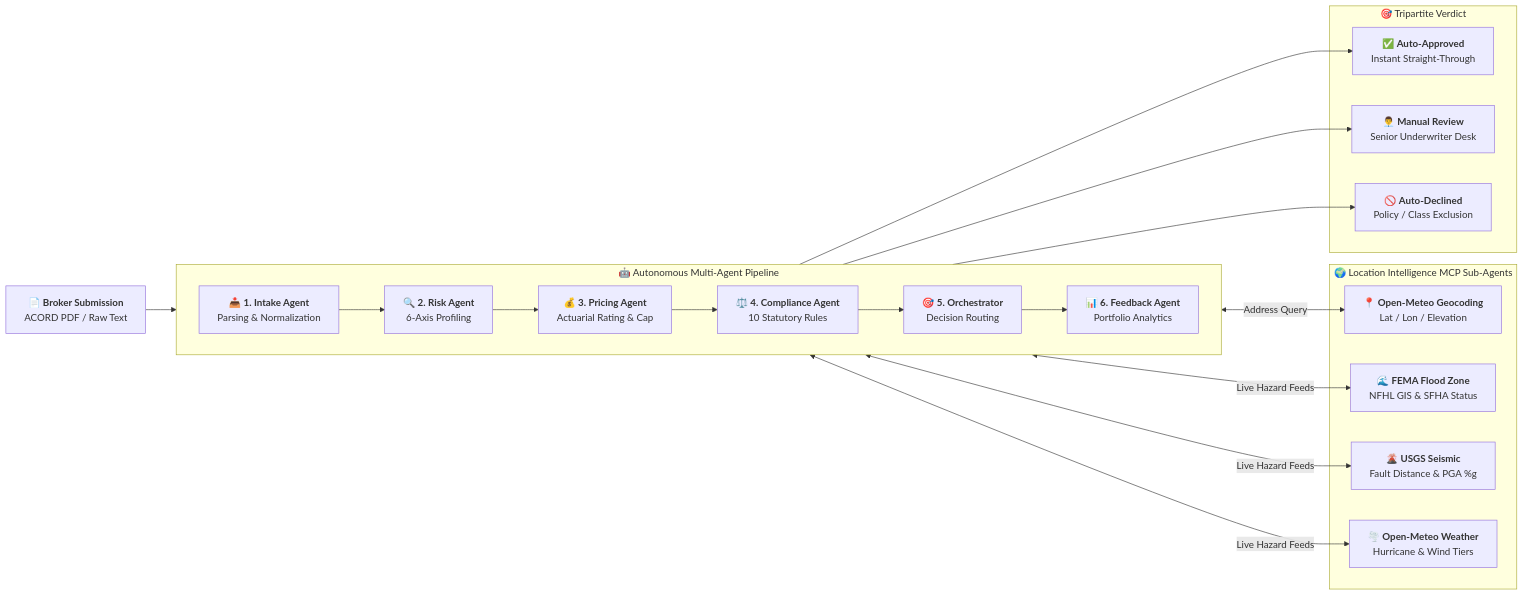
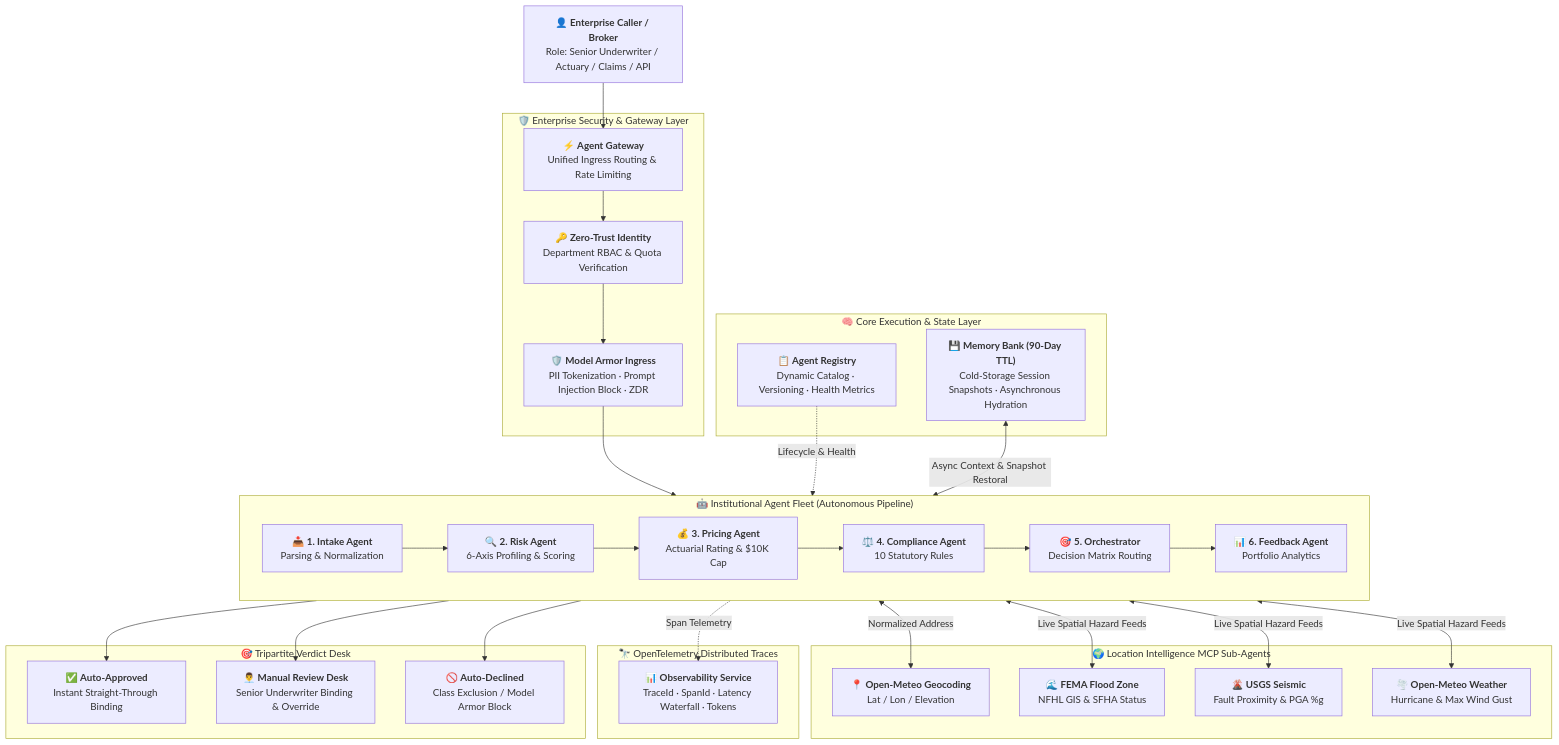
The diagram in README.md (ar-srika/agentic-underwriting), drawn with Mermaid before and after one commit. The commit also changed other lines of this file and 9 other files, not shown here.

Commit message:
Enhance Enterprise Fleet architecture: AgentGateway, Memory Bank 90-day hydration, and Model Armor attack preset

````diff
--- a/README.md
+++ b/README.md
@@ -89,39 +88,60 @@
 ```mermaid
-flowchart LR
-    %% Input Layer
-    SUBMISSION["📄 <b>Broker Submission</b><br/>ACORD PDF / Raw Text"]
+flowchart TD
+    %% Ingress & Zero-Trust Layer
+    CLIENT["👤 <b>Enterprise Caller / Broker</b><br/>Role: Senior Underwriter / Actuary / Claims / API"]
+    
+    subgraph GATEWAY_LAYER["🛡️ Enterprise Security & Gateway Layer"]
+        GW["⚡ <b>Agent Gateway</b><br/>Unified Ingress Routing & Rate Limiting"]
+        ID_RBAC["🔑 <b>Zero-Trust Identity</b><br/>Department RBAC & Quota Verification"]
+        ARMOR["🛡️ <b>Model Armor Ingress</b><br/>PII Tokenization · Prompt Injection Block · ZDR"]
+        GW --> ID_RBAC --> ARMOR
+    end
 
-    %% Core Multi-Agent Pipeline
-    subgraph PIPELINE["🤖 Autonomous Multi-Agent Pipeline"]
+    %% State & Runtime Layer
+    subgraph STATE_LAYER["🧠 Core Execution & State Layer"]
+        REGISTRY["📋 <b>Agent Registry</b><br/>Dynamic Catalog · Versioning · Health Metrics"]
+        MEM_BANK["💾 <b>Memory Bank (90-Day TTL)</b><br/>Cold-Storage Session Snapshots · Asynchronous Hydration"]
+    end
+
+    %% Core Autonomous Agent Pipeline
+    subgraph FLEET["🤖 Institutional Agent Fleet (Autonomous Pipeline)"]
         direction LR
         INTAKE["📥 <b>1. Intake Agent</b><br/>Parsing & Normalization"]
-        RISK["🔍 <b>2. Risk Agent</b><br/>6-Axis Profiling"]
-        PRICING["💰 <b>3. Pricing Agent</b><br/>Actuarial Rating & Cap"]
+        RISK["🔍 <b>2. Risk Agent</b><br/>6-Axis Profiling & Scoring"]
+        PRICING["💰 <b>3. Pricing Agent</b><br/>Actuarial Rating & $10K Cap"]
         COMPLIANCE["⚖️ <b>4. Compliance Agent</b><br/>10 Statutory Rules"]
-        ORCH["🎯 <b>5. Orchestrator</b><br/>Decision Routing"]
+        ORCH["🎯 <b>5. Orchestrator</b><br/>Decision Matrix Routing"]
         FEEDBACK["📊 <b>6. Feedback Agent</b><br/>Portfolio Analytics"]
 
         INTAKE --> RISK --> PRICING --> COMPLIANCE --> ORCH --> FEEDBACK
     end
 
-    %% External MCP Sub-Agent Fleet
-    subgraph MCP["🌍 Location Intelligence MCP Sub-Agents"]
+    %% Model Context Protocol (MCP) Sub-Agents
+    subgraph MCP_FLEET["🌍 Location Intelligence MCP Sub-Agents"]
         MCP_GEO["📍 <b>Open-Meteo Geocoding</b><br/>Lat / Lon / Elevation"]
         MCP_FEMA["🌊 <b>FEMA Flood Zone</b><br/>NFHL GIS & SFHA Status"]
-        MCP_USGS["🌋 <b>USGS Seismic</b><br/>Fault Distance & PGA %g"]
-        MCP_WX["🌪️ <b>Open-Meteo Weather</b><br/>Hurricane & Wind Tiers"]
+        MCP_USGS["🌋 <b>USGS Seismic</b><br/>Fault Proximity & PGA %g"]
+        MCP_WX["🌪️ <b>Open-Meteo Weather</b><br/>Hurricane & Max Wind Gust"]
     end
 
-    %% Output Decision Layer
-    subgraph DECISION["🎯 Tripartite Verdict"]
-        APP["✅ <b>Auto-Approved</b><br/>Instant Straight-Through"]
-        REV["👨‍💼 <b>Manual Review</b><br/>Senior Underwriter Desk"]
-        DEC["🚫 <b>Auto-Declined</b><br/>Policy / Class Exclusion"]
+    %% Observability & Decision Outputs
+    subgraph TELEMETRY["🔭 OpenTelemetry Distributed Traces"]
+        OTEL["📊 <b>Observability Service</b><br/>TraceId · SpanId · Latency Waterfall · Tokens"]
     end
 
-    %% Data Flow Connections
-    SUBMISSION --> INTAKE
-    INTAKE <-->|Address Query| MCP_GEO
-    RISK <-->|Live Hazard Feeds| MCP_FEMA & MCP_USGS & MCP_WX
+    subgraph TRIAGE["🎯 Tripartite Verdict Desk"]
+        APP["✅ <b>Auto-Approved</b><br/>Instant Straight-Through Binding"]
+        REV["👨‍💼 <b>Manual Review Desk</b><br/>Senior Underwriter Binding & Override"]
+        DEC["🚫 <b>Auto-Declined</b><br/>Class Exclusion / Model Armor Block"]
+    end
+
+    %% Connections
+    CLIENT --> GW
+    ARMOR --> FLEET
+    REGISTRY -.->|Lifecycle & Health| FLEET
+    MEM_BANK <-->|Async Context & Snapshot Restoral| FLEET
+    INTAKE <-->|Normalized Address| MCP_GEO
+    RISK <-->|Live Spatial Hazard Feeds| MCP_FEMA & MCP_USGS & MCP_WX
+    FLEET -.->|Span Telemetry| OTEL
     ORCH --> APP & REV & DEC
 ```
````
